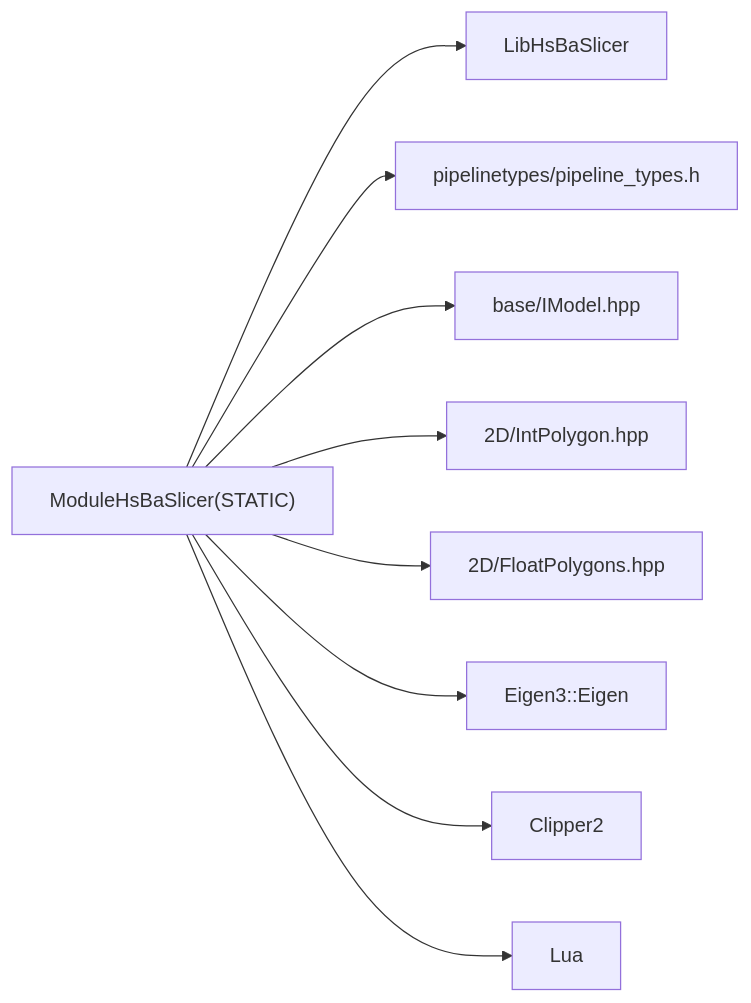
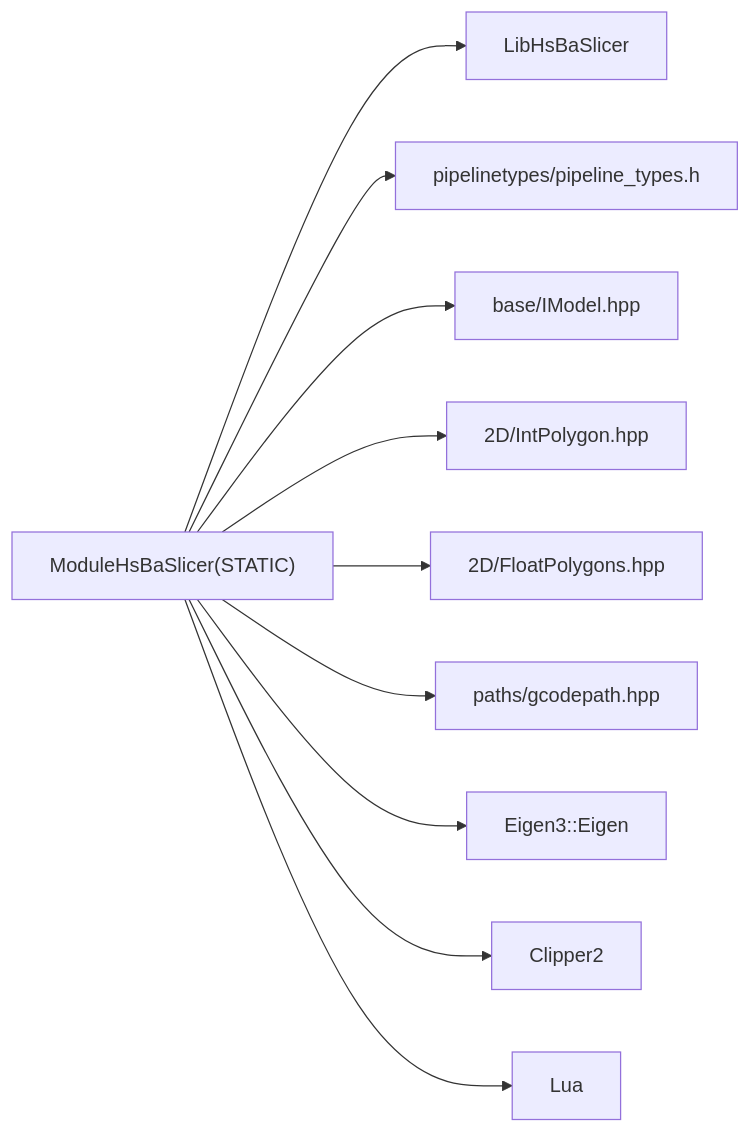
Before and after one commit to hsmbanlance/HsBaSlicer: the eighth of 8 diagrams in .qoder/repowiki/zh/content/扩展与集成/C++20模块包装层 (ModuleHsBaSlicer).md, drawn with Mermaid. The commit also changed other lines of this file and 9 other files, not shown here.

````diff
--- a/.qoder/repowiki/zh/content/扩展与集成/C++20模块包装层 (ModuleHsBaSlicer).md
+++ b/.qoder/repowiki/zh/content/扩展与集成/C++20模块包装层 (ModuleHsBaSlicer).md
@@ -309,11 +364,12 @@
 ```mermaid
 graph LR
 Mod["ModuleHsBaSlicer(STATIC)"] --> Lib["LibHsBaSlicer"]
 Mod --> PT["pipelinetypes/pipeline_types.h"]
 Mod --> IM["base/IModel.hpp"]
 Mod --> IP["2D/IntPolygon.hpp"]
 Mod --> FP["2D/FloatPolygons.hpp"]
+Mod --> GCode["paths/gcodepath.hpp"]
 Mod --> Eigen["Eigen3::Eigen"]
 Mod --> Clipper["Clipper2"]
 Mod --> Lua["Lua"]
 ```
````
